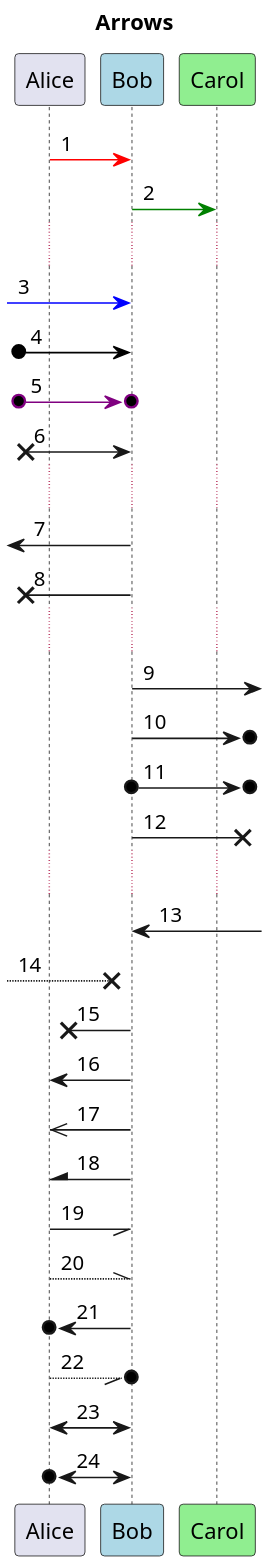
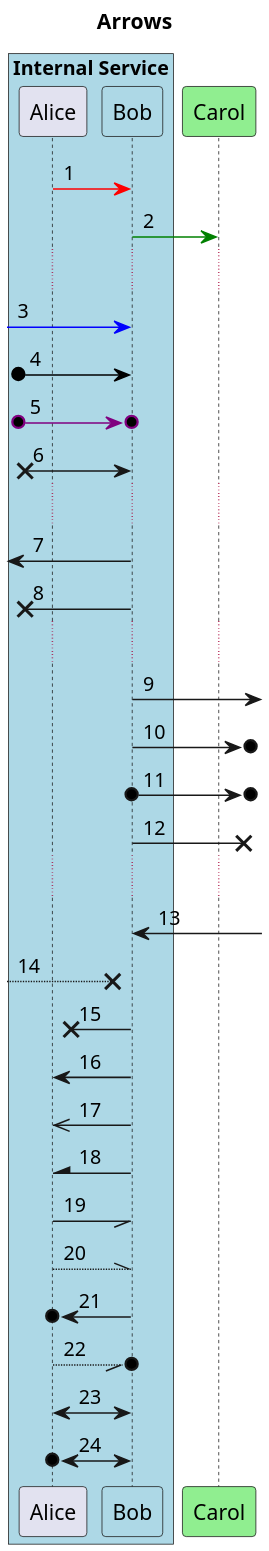
Before and after one commit to Perfeto/plantuml_learn: the diagram in sequences/arrows.puml, drawn with PlantUML.

Commit message:
add box example

```diff
--- a/sequences/arrows.puml
+++ b/sequences/arrows.puml
@@ -1,39 +1,42 @@
 @startuml
 scale 400 width
 
 title Arrows
 
-participant Alice
-participant Bob #lightblue
+box "Internal Service" #LightBlue
+    participant Alice
+    participant Bob #lightblue
+end box
+
 participant Carol #lightgreen
 
 Alice -[#red]> Bob    :1
 Bob -[#green]> Carol    :2
 ...
 [-[#blue]> Bob :3
 [o-[#black]> Bob    :4
 [o-[#purple]>o Bob   :5
 [x-> Bob    :6
 ...
 [<- Bob :7
 [x<- Bob    :8
 ...
 Bob ->] :9
 Bob ->o]    :10
 Bob o->o]   :11
 Bob ->x]    :12
 ...
 Bob <-] :13
 [-->x Bob   :14
 
 Bob ->x Alice   :15
 Bob -> Alice    :16
 Bob ->> Alice   :17
 Bob -\ Alice    :18
 Bob \\- Alice   :19
 Bob //-- Alice  :20
 Bob ->o Alice   :21
 Bob o\\-- Alice :22
 Bob <-> Alice   :23
 Bob <->o Alice  :24
 @enduml
```
